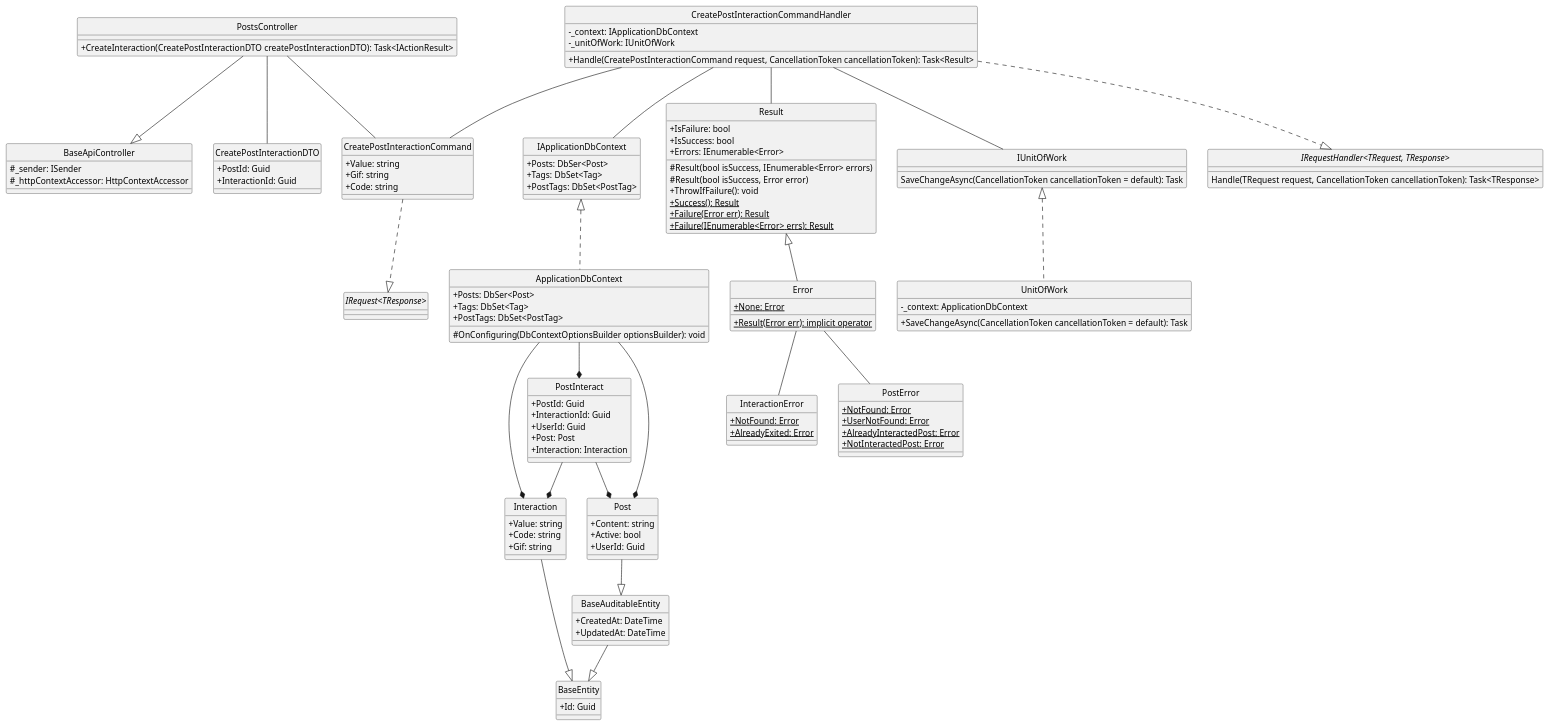
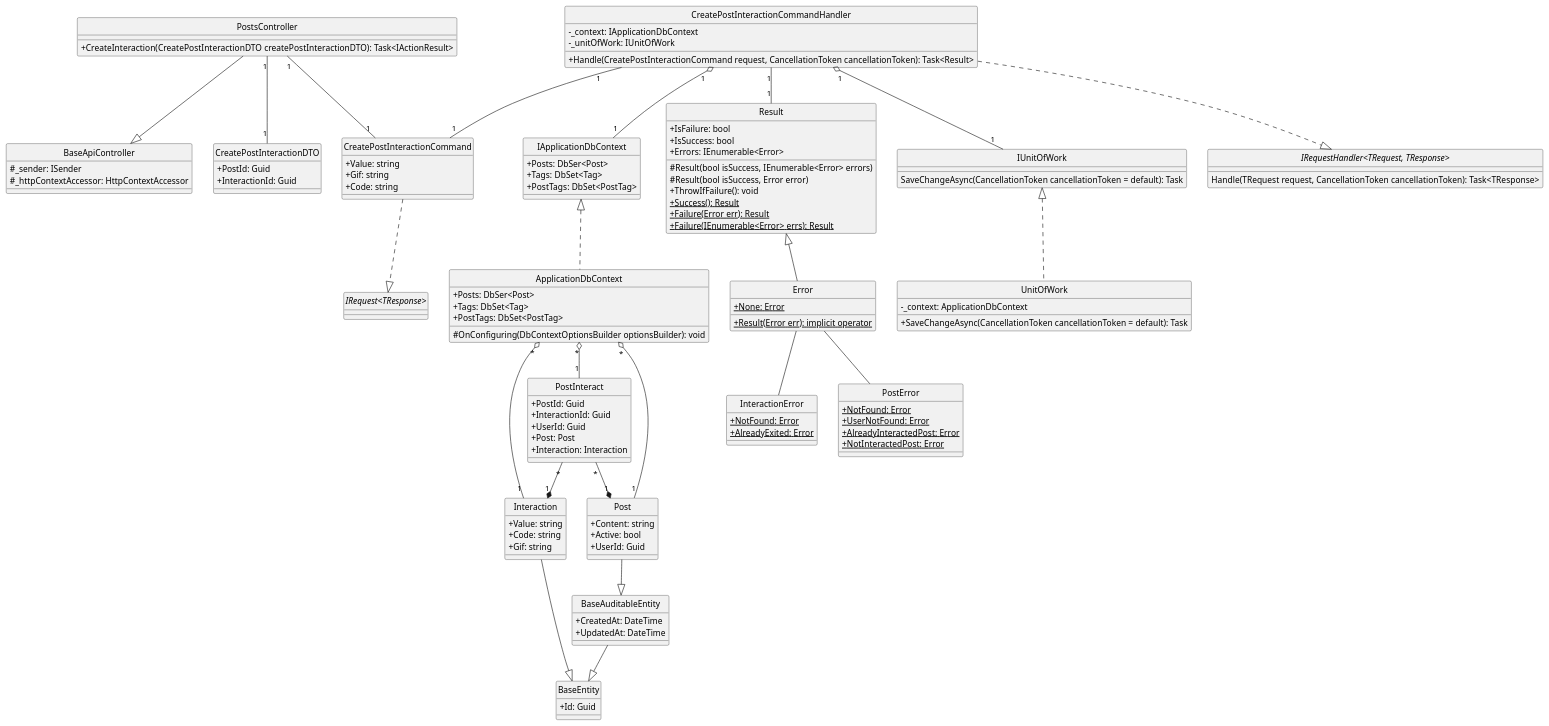
The diagram in docs/Class Diagram/Post/Post/CreatePostInteraction/ClassDiagram.plantuml (Carl-Johnsons/Chat-Application), drawn with PlantUML before and after one commit. The commit also changed 21 other files, not shown here.

```diff
--- a/docs/Class Diagram/Post/Post/CreatePostInteraction/ClassDiagram.plantuml
+++ b/docs/Class Diagram/Post/Post/CreatePostInteraction/ClassDiagram.plantuml
@@ -1,143 +1,143 @@
 @startuml createPostInteraction
 hide circle
 skinparam classAttributeIconSize 0
 
 class BaseApiController {
     #_sender: ISender
     #_httpContextAccessor: HttpContextAccessor
 }
 
 class PostsController {
     +CreateInteraction(CreatePostInteractionDTO createPostInteractionDTO): Task<IActionResult>
 }
 
 class CreatePostInteractionCommand {
     +Value: string
     +Gif: string
     +Code: string
 }
 
 class CreatePostInteractionCommandHandler {
     -_context: IApplicationDbContext
     -_unitOfWork: IUnitOfWork
     +Handle(CreatePostInteractionCommand request, CancellationToken cancellationToken): Task<Result> 
 }
 
 class IApplicationDbContext {
     +Posts: DbSer<Post>
     +Tags: DbSet<Tag>
     +PostTags: DbSet<PostTag>
 }
 
 class ApplicationDbContext {
     +Posts: DbSer<Post>
     +Tags: DbSet<Tag>
     +PostTags: DbSet<PostTag>
     #OnConfiguring(DbContextOptionsBuilder optionsBuilder): void
 }
 
 class Result {
     +IsFailure: bool
     +IsSuccess: bool
     +Errors: IEnumerable<Error>
     #Result(bool isSuccess, IEnumerable<Error> errors)
     #Result(bool isSuccess, Error error)
     +ThrowIfFailure(): void
     +{static} Success(): Result
     +{static} Failure(Error err): Result
     +{static} Failure(IEnumerable<Error> errs): Result
 }
 
 class Error {
     +{static} None: Error
     +{static} Result(Error err): implicit operator
 }
 
 class IUnitOfWork {
     SaveChangeAsync(CancellationToken cancellationToken = default): Task
 }
 
 class UnitOfWork {
     -_context: ApplicationDbContext
     +SaveChangeAsync(CancellationToken cancellationToken = default): Task
 }
 
 class InteractionError {
     +{static} NotFound: Error
     +{static} AlreadyExited: Error
 }
 
 class PostError {
     +{static} NotFound: Error
     +{static} UserNotFound: Error
     +{static} AlreadyInteractedPost: Error
     +{static} NotInteractedPost: Error
 }
 
 class CreatePostInteractionDTO {
     +PostId: Guid
     +InteractionId: Guid
 }
 
 class BaseEntity {
     +Id: Guid
 }
 
 class BaseAuditableEntity{
     +CreatedAt: DateTime
     +UpdatedAt: DateTime
 }
 
 class Interaction {
     +Value: string
     +Code: string
     +Gif: string
 }
 
 class Post {
     +Content: string
     +Active: bool
     +UserId: Guid
 }
 
 class PostInteract {
     +PostId: Guid
     +InteractionId: Guid
     +UserId: Guid
     +Post: Post
     +Interaction: Interaction
 }
 
 interface "IRequest<TResponse>"
 interface "IRequestHandler<TRequest, TResponse>"{
     Handle(TRequest request, CancellationToken cancellationToken): Task<TResponse>
 }
 
 '==== Create PostInteract ====
 'API Layer
 PostsController --|> BaseApiController
-PostsController -- CreatePostInteractionCommand
-PostsController -- CreatePostInteractionDTO
+PostsController "1"--"1" CreatePostInteractionCommand
+PostsController "1"--"1" CreatePostInteractionDTO
 'Application Layer
 CreatePostInteractionCommand ..|> "IRequest<TResponse>"
 CreatePostInteractionCommandHandler ..|> "IRequestHandler<TRequest, TResponse>"
-CreatePostInteractionCommandHandler -- CreatePostInteractionCommand
-CreatePostInteractionCommandHandler -- Result
-CreatePostInteractionCommandHandler -- IUnitOfWork
-CreatePostInteractionCommandHandler -- IApplicationDbContext
+CreatePostInteractionCommandHandler "1"--"1" CreatePostInteractionCommand
+CreatePostInteractionCommandHandler "1"--"1" Result
+CreatePostInteractionCommandHandler "1" o--"1" IUnitOfWork
+CreatePostInteractionCommandHandler "1" o--"1" IApplicationDbContext
 'Domain Layer
 Result <|-- Error
 Error -- InteractionError
 Error -- PostError
 Interaction --|> BaseEntity
 Post --|> BaseAuditableEntity
 BaseAuditableEntity --|> BaseEntity
-PostInteract --* Post
-PostInteract --* Interaction
+PostInteract "*"--*"1" Post
+PostInteract "*"--*"1" Interaction
 'Infrastructure Layer
 IUnitOfWork <|.. UnitOfWork
 IApplicationDbContext <|.. ApplicationDbContext
-ApplicationDbContext --* Interaction
-ApplicationDbContext --* PostInteract
-ApplicationDbContext --* Post
+ApplicationDbContext "*" o--"1" Interaction
+ApplicationDbContext "*" o--"1" PostInteract
+ApplicationDbContext "*" o--"1" Post
 @enduml
```
